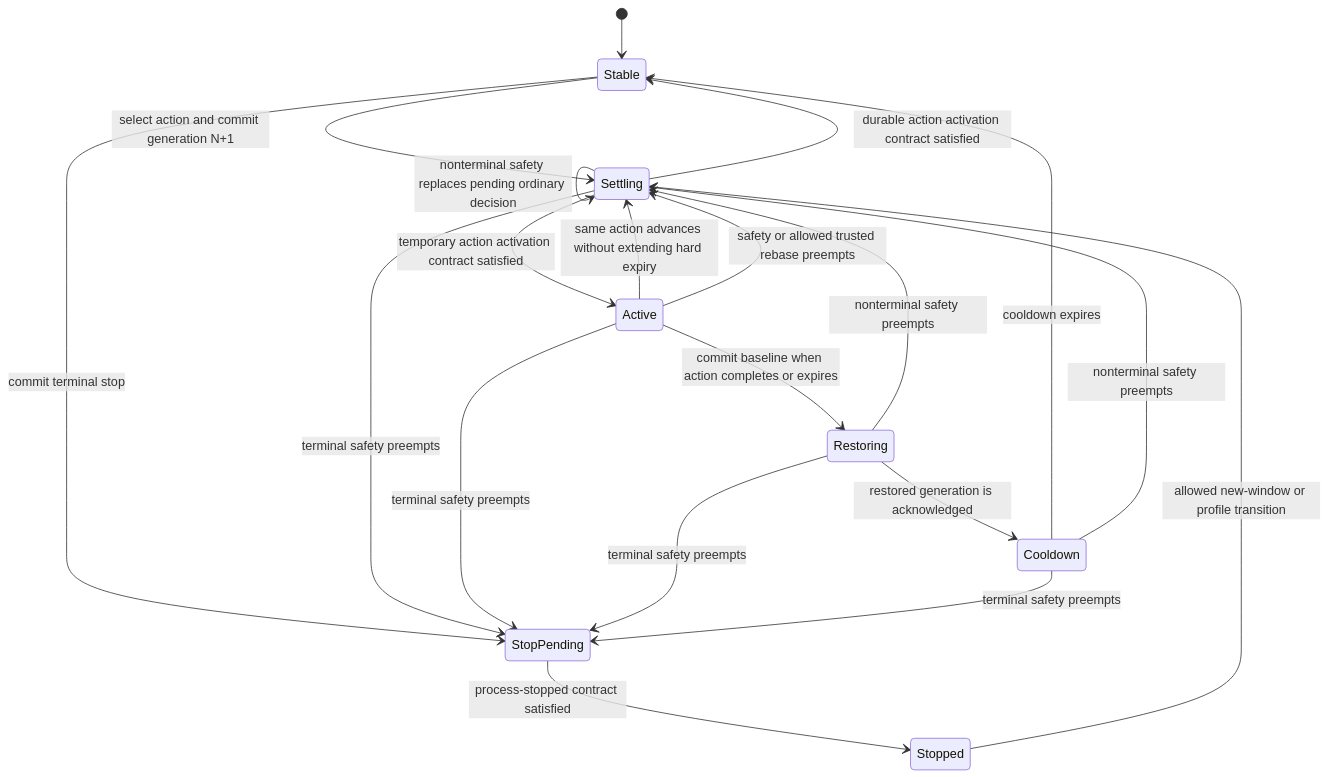
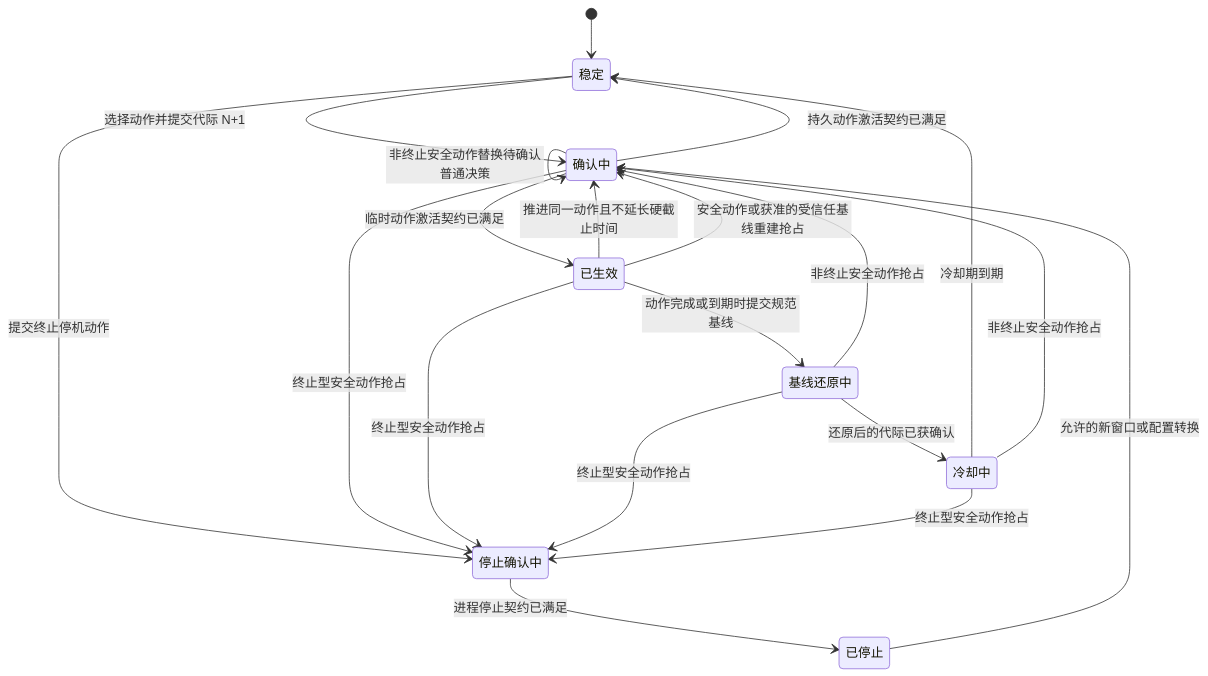
One commit to t86/grid_trading changed the second of 2 diagrams in docs/superpowers/specs/2026-07-14-futures-recovery-single-action-coordinator-design.md. Above: the diagram before and after it, drawn with Mermaid. The commit also changed other lines of this file, not shown here.

````diff
--- a/docs/superpowers/specs/2026-07-14-futures-recovery-single-action-coordinator-design.md
+++ b/docs/superpowers/specs/2026-07-14-futures-recovery-single-action-coordinator-design.md
@@ -307,23 +317,30 @@
 ```mermaid
 stateDiagram-v2
+    state "稳定" as Stable
+    state "确认中" as Settling
+    state "已生效" as Active
+    state "基线还原中" as Restoring
+    state "冷却中" as Cooldown
+    state "停止确认中" as StopPending
+    state "已停止" as Stopped
     [*] --> Stable
-    Stable --> Settling: select action and commit generation N+1
-    Settling --> Active: temporary action activation contract satisfied
-    Settling --> Stable: durable action activation contract satisfied
-    Settling --> Settling: stale evidence or fenced retry of same decision
-    Settling --> Settling: nonterminal safety replaces pending ordinary decision
-    Active --> Settling: same action advances without extending hard expiry
-    Active --> Restoring: commit baseline when action completes or expires
-    Restoring --> Cooldown: restored generation is acknowledged
-    Cooldown --> Stable: cooldown expires
-    Stable --> StopPending: commit terminal stop
-    Settling --> StopPending: terminal safety preempts
-    Active --> StopPending: terminal safety preempts
-    Restoring --> StopPending: terminal safety preempts
-    Cooldown --> StopPending: terminal safety preempts
-    StopPending --> Stopped: process-stopped contract satisfied
-    Stopped --> Settling: allowed new-window or profile transition
-    Active --> Settling: safety or allowed trusted rebase preempts
-    Restoring --> Settling: nonterminal safety preempts
-    Cooldown --> Settling: nonterminal safety preempts
+    Stable --> Settling: 选择动作并提交代际 N+1
+    Settling --> Active: 临时动作激活契约已满足
+    Settling --> Stable: 持久动作激活契约已满足
+    Settling --> Settling: 陈旧证据或同一决策受栅栏约束的重试
+    Settling --> Settling: 非终止安全动作替换待确认普通决策
+    Active --> Settling: 推进同一动作且不延长硬截止时间
+    Active --> Restoring: 动作完成或到期时提交规范基线
+    Restoring --> Cooldown: 还原后的代际已获确认
+    Cooldown --> Stable: 冷却期到期
+    Stable --> StopPending: 提交终止停机动作
+    Settling --> StopPending: 终止型安全动作抢占
+    Active --> StopPending: 终止型安全动作抢占
+    Restoring --> StopPending: 终止型安全动作抢占
+    Cooldown --> StopPending: 终止型安全动作抢占
+    StopPending --> Stopped: 进程停止契约已满足
+    Stopped --> Settling: 允许的新窗口或配置转换
+    Active --> Settling: 安全动作或获准的受信任基线重建抢占
+    Restoring --> Settling: 非终止安全动作抢占
+    Cooldown --> Settling: 非终止安全动作抢占
 ```
````
